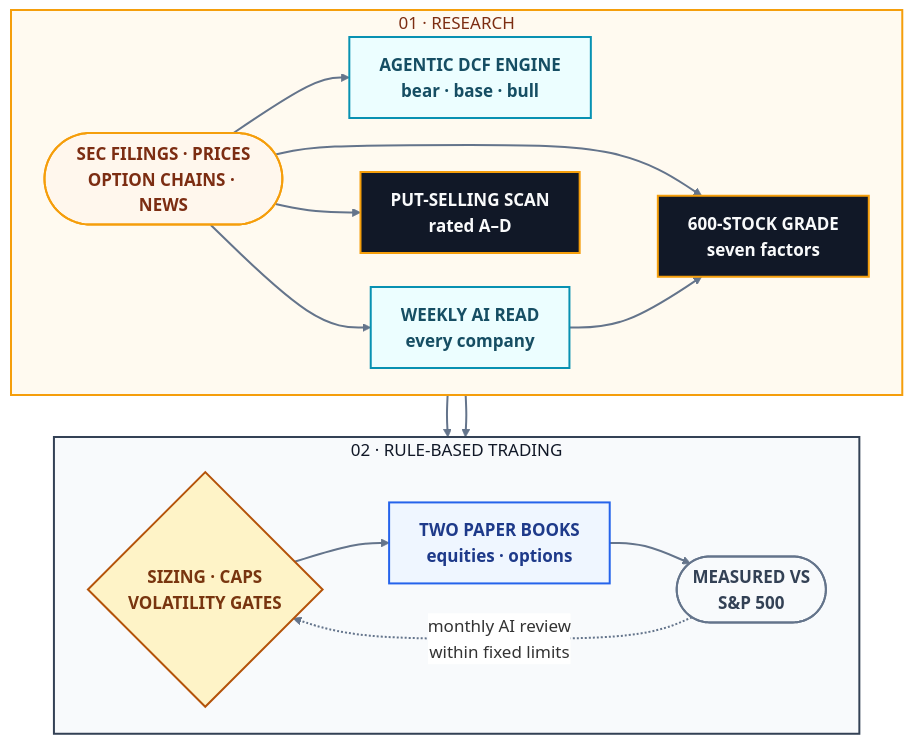
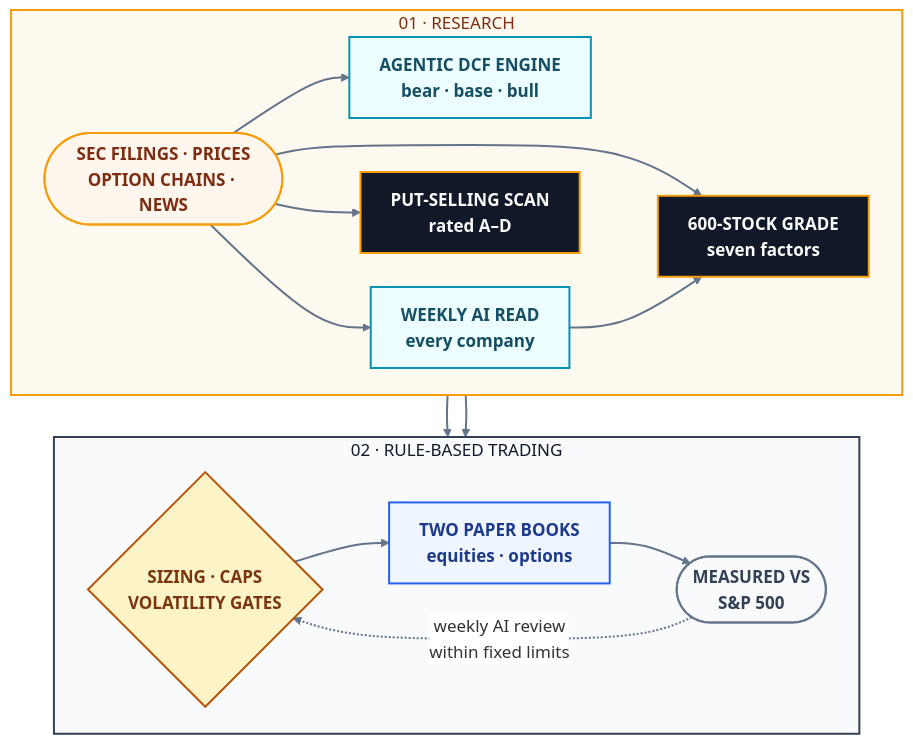
The diagram in README.md (rohanjoglekar/agentic-research-trading-platform), drawn with Mermaid before and after one commit. The commit also changed other lines of this file and 5 other files, not shown here.

````diff
--- a/README.md
+++ b/README.md
@@ -17,32 +71,32 @@
 ```mermaid
 %%{init: {"theme": "base", "themeVariables": {"fontSize": "17px", "lineColor": "#64748b", "edgeLabelBackground": "#ffffff"}, "flowchart": {"nodeSpacing": 34, "rankSpacing": 42, "curve": "basis"}}}%%
 flowchart TB
     subgraph research["01 · RESEARCH"]
         direction LR
         data(["SEC FILINGS · PRICES<br/>OPTION CHAINS · NEWS"]):::source --> grade["600-STOCK GRADE<br/>seven factors"]:::research
         data --> dcf["AGENTIC DCF ENGINE<br/>bear · base · bull"]:::agent
         data --> read["WEEKLY AI READ<br/>every company"]:::agent
         read --> grade
         data --> scan["PUT-SELLING SCAN<br/>rated A–D"]:::research
     end
 
     subgraph trading["02 · RULE-BASED TRADING"]
         direction LR
         rules{"SIZING · CAPS<br/>VOLATILITY GATES"}:::gate --> books["TWO PAPER BOOKS<br/>equities · options"]:::execution
         books --> bench(["MEASURED VS<br/>S&P 500"]):::neutral
     end
 
     grade --> rules
     scan --> rules
-    bench -. "monthly AI review<br/>within fixed limits" .-> rules
+    bench -. "weekly AI review<br/>within fixed limits" .-> rules
 
     classDef source fill:#fff7ed,stroke:#f59e0b,color:#7c2d12,stroke-width:2px,font-weight:600;
     classDef research fill:#111827,stroke:#f59e0b,color:#f9fafb,stroke-width:2px,font-weight:600;
     classDef agent fill:#ecfeff,stroke:#0891b2,color:#164e63,stroke-width:2px,font-weight:600;
     classDef gate fill:#fef3c7,stroke:#b45309,color:#78350f,stroke-width:2px,font-weight:700;
     classDef execution fill:#eff6ff,stroke:#2563eb,color:#1e3a8a,stroke-width:2px,font-weight:600;
     classDef neutral fill:#f8fafc,stroke:#64748b,color:#334155,stroke-width:2px,font-weight:600;
     style research fill:#fffaf0,stroke:#f59e0b,stroke-width:2px,color:#7c2d12
     style trading fill:#f8fafc,stroke:#334155,stroke-width:2px,color:#111827
     linkStyle default stroke:#64748b,stroke-width:2px;
 ```
````
